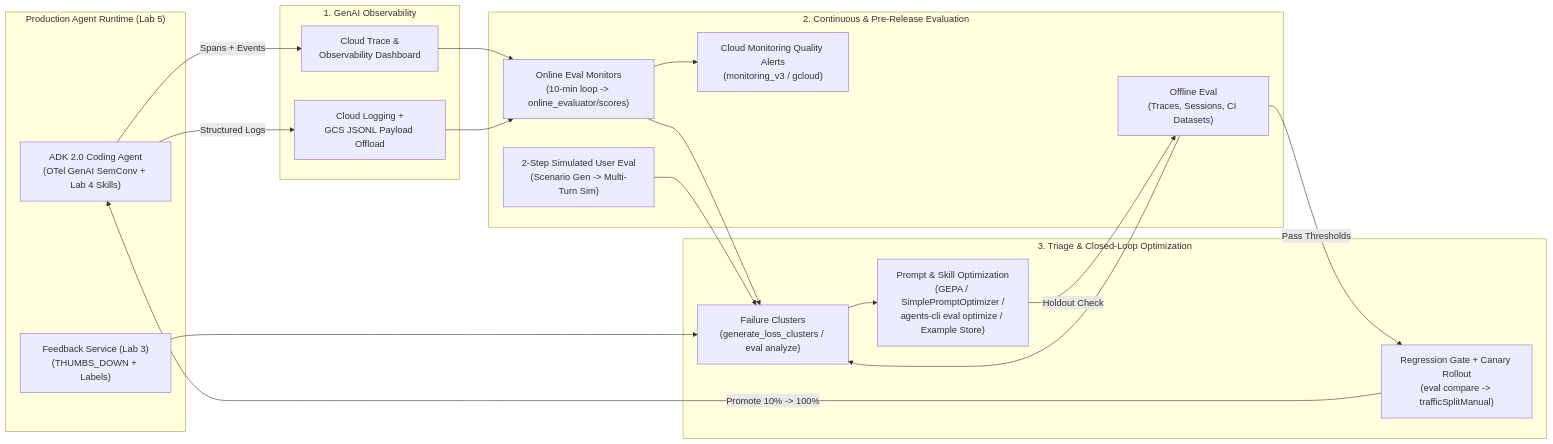
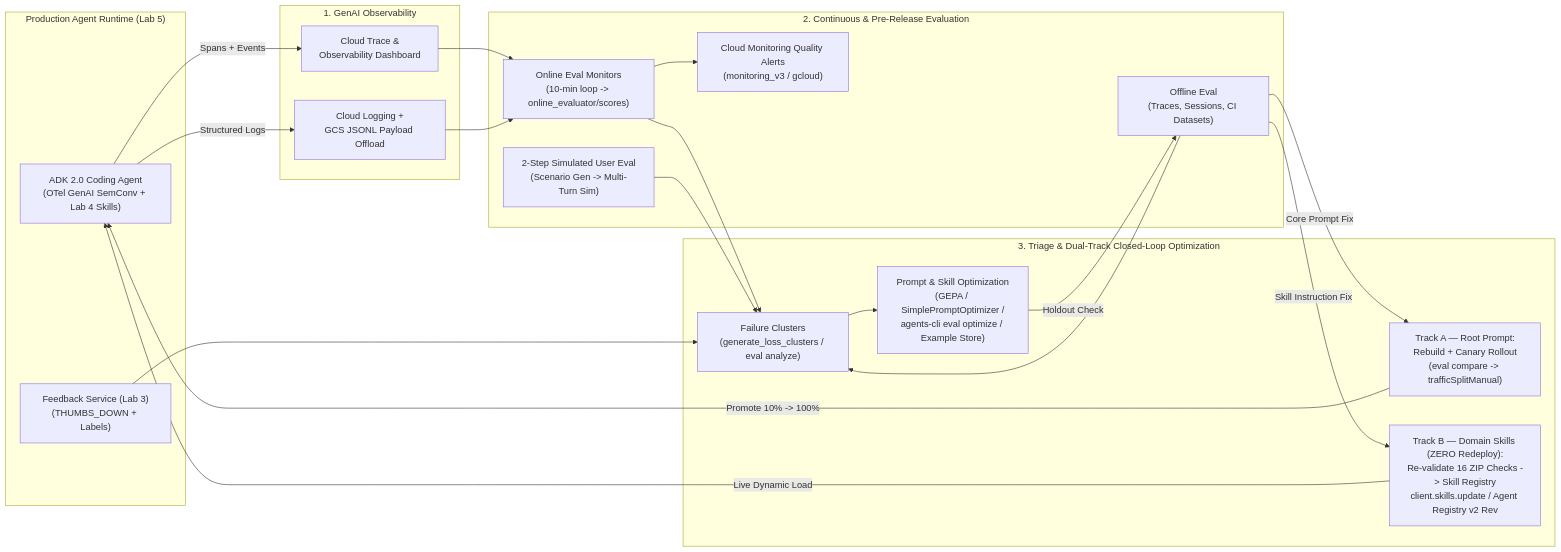
The diagram in workshop/06-LAB-OPTIMIZE-EVAL-AND-ALERTS.md (jiratouchmhp/coding-agent-workshop), drawn with Mermaid before and after one commit. The commit also changed other lines of this file and 7 other files, not shown here.

Commit message:
Close Lab 6 skill optimization flywheel: GEPARootAgentOptimizer local SkillToolset fix, Skill Registry hot-update, and Agent Registry v2 revision rollout

````diff
--- a/workshop/06-LAB-OPTIMIZE-EVAL-AND-ALERTS.md
+++ b/workshop/06-LAB-OPTIMIZE-EVAL-AND-ALERTS.md
@@ -34,39 +34,42 @@
 ```mermaid
 flowchart LR
     subgraph Prod["Production Agent Runtime (Lab 5)"]
         Agent["ADK 2.0 Coding Agent<br/>(OTel GenAI SemConv + Lab 4 Skills)"]
         Feedback["Feedback Service (Lab 3)<br/>(THUMBS_DOWN + Labels)"]
     end
 
     subgraph Obs["1. GenAI Observability"]
         Trace["Cloud Trace &<br/>Observability Dashboard"]
         Logs["Cloud Logging +<br/>GCS JSONL Payload Offload"]
     end
 
     subgraph Eval["2. Continuous & Pre-Release Evaluation"]
         Online["Online Eval Monitors<br/>(10-min loop -> online_evaluator/scores)"]
         Alerts["Cloud Monitoring Quality Alerts<br/>(monitoring_v3 / gcloud)"]
         Offline["Offline Eval<br/>(Traces, Sessions, CI Datasets)"]
         Sim["2-Step Simulated User Eval<br/>(Scenario Gen -> Multi-Turn Sim)"]
     end
 
-    subgraph Fix["3. Triage & Closed-Loop Optimization"]
+    subgraph Fix["3. Triage & Dual-Track Closed-Loop Optimization"]
         Clusters["Failure Clusters<br/>(generate_loss_clusters / eval analyze)"]
         Opt["Prompt & Skill Optimization<br/>(GEPA / SimplePromptOptimizer /<br/>agents-cli eval optimize / Example Store)"]
-        Canary["Regression Gate + Canary Rollout<br/>(eval compare -> trafficSplitManual)"]
+        Canary["Track A — Root Prompt:<br/>Rebuild + Canary Rollout<br/>(eval compare -> trafficSplitManual)"]
+        SkillHot["Track B — Domain Skills (ZERO Redeploy):<br/>Re-validate 16 ZIP Checks -> Skill Registry<br/>client.skills.update / Agent Registry v2 Rev"]
     end
 
     Agent -->|"Spans + Events"| Trace
     Agent -->|"Structured Logs"| Logs
     Trace --> Online
     Logs --> Online
     Online --> Alerts
     Online --> Clusters
     Feedback --> Clusters
     Offline --> Clusters
     Sim --> Clusters
     Clusters --> Opt
     Opt -->|"Holdout Check"| Offline
-    Offline -->|"Pass Thresholds"| Canary
+    Offline -->|"Core Prompt Fix"| Canary
+    Offline -->|"Skill Instruction Fix"| SkillHot
     Canary -->|"Promote 10% -> 100%"| Agent
+    SkillHot -->|"Live Dynamic Load"| Agent
 ```
````
